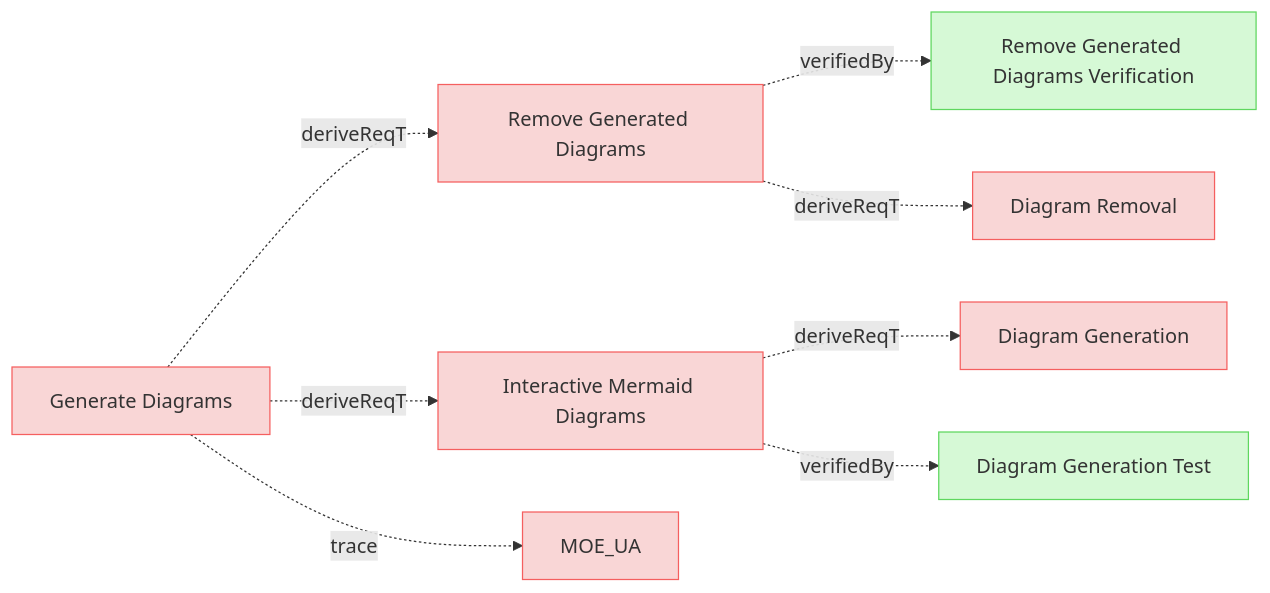
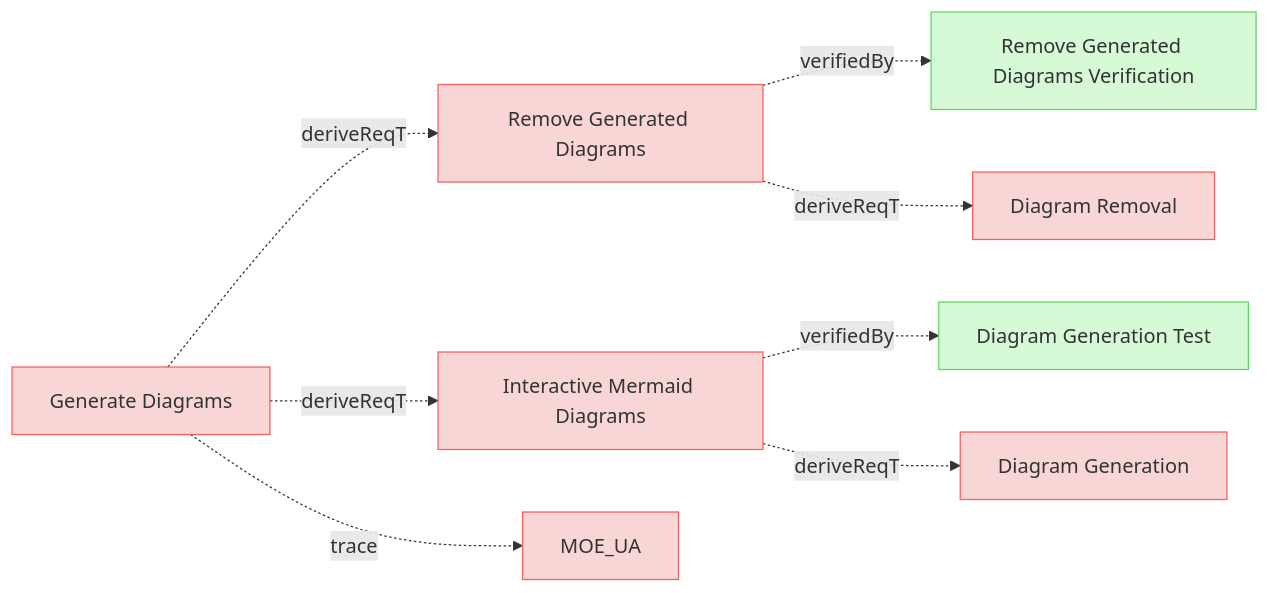
One commit to reqvire-org/reqvire changed the first of 9 diagrams in specifications/UserRequirements.md. Above: the diagram before and after it, drawn with Mermaid. The commit also changed other lines of this file and 20 other files, not shown here.

````diff
--- a/specifications/UserRequirements.md
+++ b/specifications/UserRequirements.md
@@ -4,41 +4,41 @@
 ```mermaid
 graph LR;
   %% REQVIRE-AUTOGENERATED-DIAGRAM
   %% Graph styling
   classDef requirement fill:#f9d6d6,stroke:#f55f5f,stroke-width:1px;
   classDef verification fill:#d6f9d6,stroke:#5fd75f,stroke-width:1px;
   classDef externalLink fill:#d0e0ff,stroke:#3080ff,stroke-width:1px;
   classDef default fill:#f5f5f5,stroke:#333333,stroke-width:1px;
 
   8b2dd3bb2c44db94["Remove Generated Diagrams"];
   class 8b2dd3bb2c44db94 requirement;
   click 8b2dd3bb2c44db94 "UserRequirements.md#remove-generated-diagrams";
   6a6973ecb2f20ee3["Remove Generated Diagrams Verification"];
   class 6a6973ecb2f20ee3 verification;
   click 6a6973ecb2f20ee3 "Verifications/DiagramsTests.md#remove-generated-diagrams-verification";
   8b2dd3bb2c44db94 -.->|verifiedBy| 6a6973ecb2f20ee3;
   4ec753faad5a75f7["Diagram Removal"];
   class 4ec753faad5a75f7 requirement;
   click 4ec753faad5a75f7 "SystemRequirements/Requirements.md#diagram-removal";
   8b2dd3bb2c44db94 -.->|deriveReqT| 4ec753faad5a75f7;
   eedf6d6d3d2354d9["Interactive Mermaid Diagrams"];
   class eedf6d6d3d2354d9 requirement;
   click eedf6d6d3d2354d9 "UserRequirements.md#interactive-mermaid-diagrams";
+  2d2cf67bb8070da8["Diagram Generation Test"];
+  class 2d2cf67bb8070da8 verification;
+  click 2d2cf67bb8070da8 "Verifications/DiagramsTests.md#diagram-generation-test";
+  eedf6d6d3d2354d9 -.->|verifiedBy| 2d2cf67bb8070da8;
   e9aee7d9477f4abe["Diagram Generation"];
   class e9aee7d9477f4abe requirement;
   click e9aee7d9477f4abe "SystemRequirements/Requirements.md#diagram-generation";
   eedf6d6d3d2354d9 -.->|deriveReqT| e9aee7d9477f4abe;
-  2d2cf67bb8070da8["Diagram Generation Test"];
-  class 2d2cf67bb8070da8 verification;
-  click 2d2cf67bb8070da8 "Verifications/DiagramsTests.md#diagram-generation-test";
-  eedf6d6d3d2354d9 -.->|verifiedBy| 2d2cf67bb8070da8;
   37a5b8e199a838f["Generate Diagrams"];
   class 37a5b8e199a838f requirement;
   click 37a5b8e199a838f "UserStories.md#generate-diagrams";
   2c5f30f14e792200["MOE_UA"];
   class 2c5f30f14e792200 requirement;
   click 2c5f30f14e792200 "MOEs.md#moe_ua";
   37a5b8e199a838f -.->|trace| 2c5f30f14e792200;
   37a5b8e199a838f -.->|deriveReqT| 8b2dd3bb2c44db94;
   37a5b8e199a838f -.->|deriveReqT| eedf6d6d3d2354d9;
 ```
````
